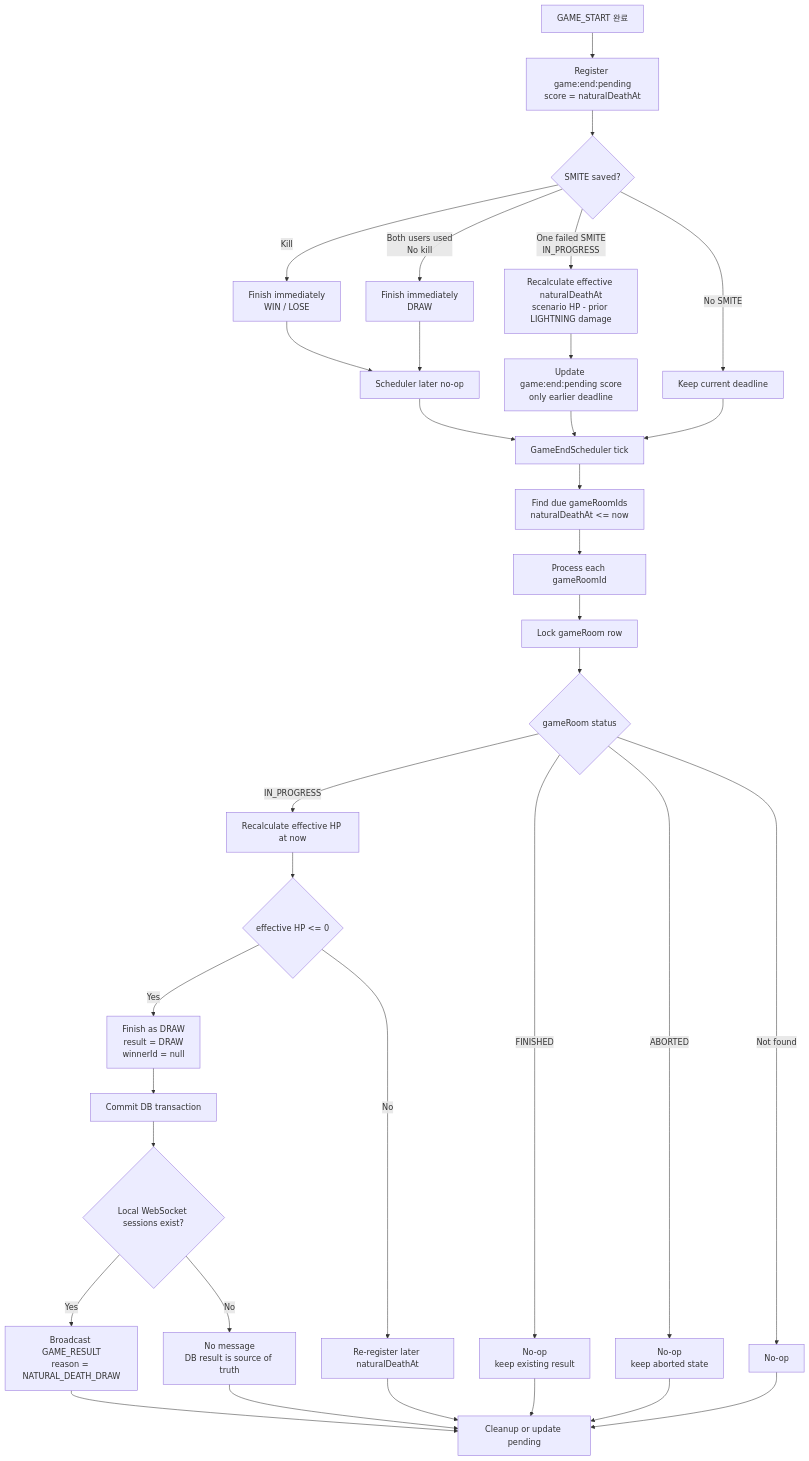
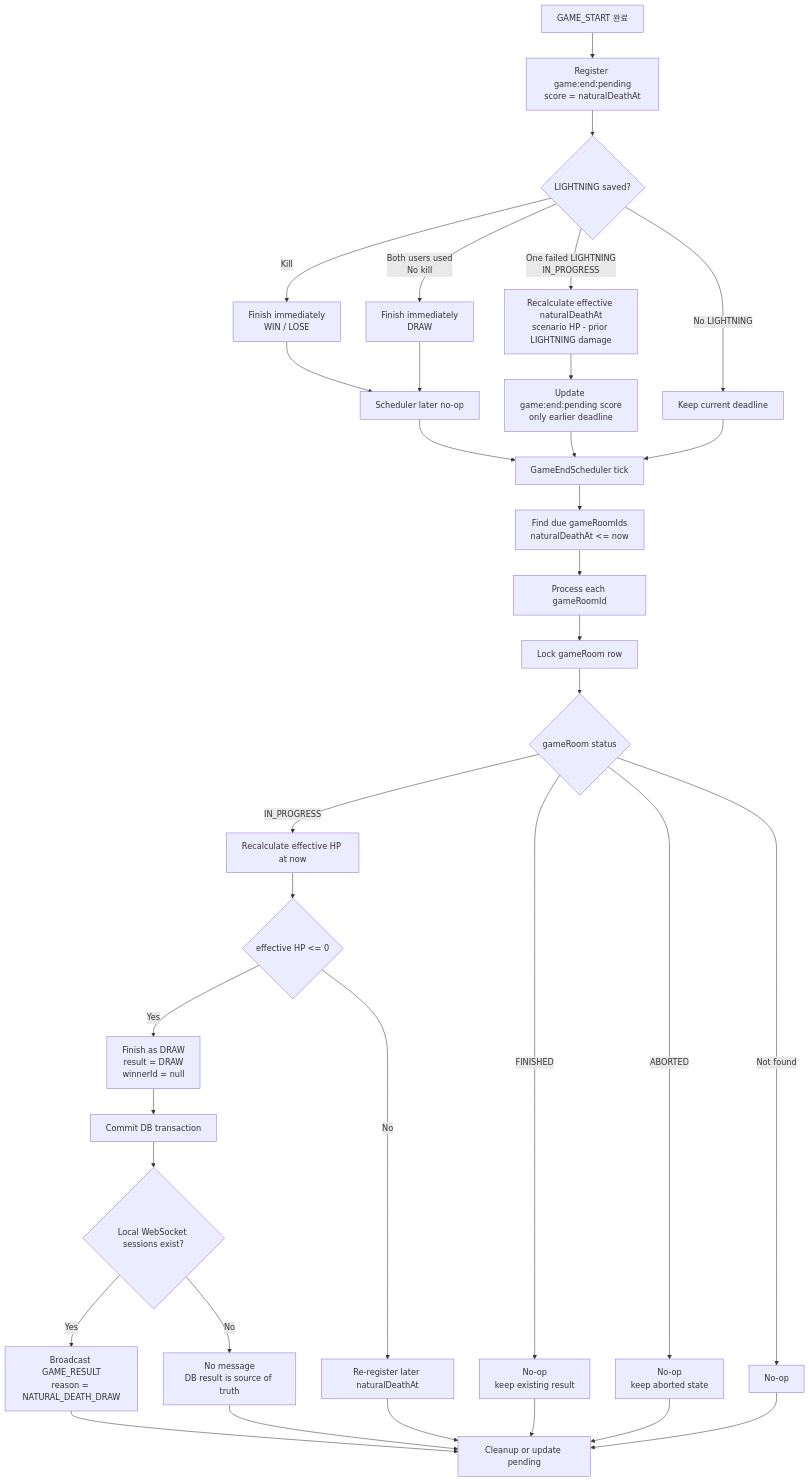
Before and after one commit to moonwhistle/League-of-Star: the first of 5 diagrams in docs/antigravity/backend/issue-50-game-end-scheduler-settlement.md, drawn with Mermaid. The commit also changed other lines of this file and 70 other files, not shown here.

````diff
--- a/docs/antigravity/backend/issue-50-game-end-scheduler-settlement.md
+++ b/docs/antigravity/backend/issue-50-game-end-scheduler-settlement.md
@@ -24,36 +24,36 @@
 ```mermaid
 flowchart TD
     A[GAME_START 완료] --> B[Register game:end:pending<br/>score = naturalDeathAt]
-    B --> C{SMITE saved?}
+    B --> C{LIGHTNING saved?}
     C -- Kill --> C1[Finish immediately<br/>WIN / LOSE]
     C -- Both users used<br/>No kill --> C2[Finish immediately<br/>DRAW]
-    C -- One failed SMITE<br/>IN_PROGRESS --> D[Recalculate effective naturalDeathAt<br/>scenario HP - prior LIGHTNING damage]
+    C -- One failed LIGHTNING<br/>IN_PROGRESS --> D[Recalculate effective naturalDeathAt<br/>scenario HP - prior LIGHTNING damage]
     D --> E[Update game:end:pending score<br/>only earlier deadline]
-    C -- No SMITE --> F[Keep current deadline]
+    C -- No LIGHTNING --> F[Keep current deadline]
     C1 --> X[Scheduler later no-op]
     C2 --> X
     E --> G[GameEndScheduler tick]
     F --> G
     X --> G
     G --> H[Find due gameRoomIds<br/>naturalDeathAt <= now]
     H --> I[Process each gameRoomId]
     I --> J[Lock gameRoom row]
     J --> K{gameRoom status}
     K -- IN_PROGRESS --> L[Recalculate effective HP at now]
     L --> M{effective HP <= 0}
     M -- Yes --> N[Finish as DRAW<br/>result = DRAW<br/>winnerId = null]
     M -- No --> O[Re-register later naturalDeathAt]
     K -- FINISHED --> P[No-op<br/>keep existing result]
     K -- ABORTED --> Q[No-op<br/>keep aborted state]
     K -- Not found --> R[No-op]
     N --> S[Commit DB transaction]
     O --> T[Cleanup or update pending]
     P --> T
     Q --> T
     R --> T
     S --> U{Local WebSocket sessions exist?}
     U -- Yes --> V[Broadcast GAME_RESULT<br/>reason = NATURAL_DEATH_DRAW]
     U -- No --> W[No message<br/>DB result is source of truth]
     V --> T
     W --> T
 ```
````
